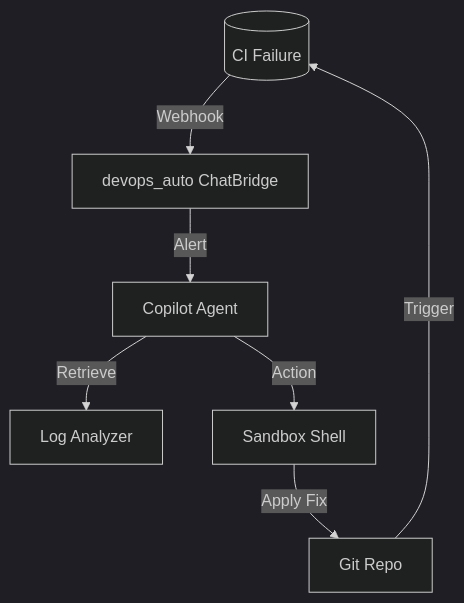
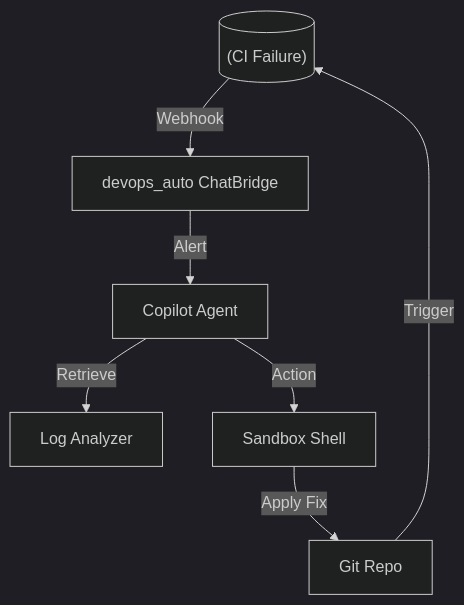
Before and after one commit to savyasachi6/agentic_os: the diagram in projects/devops-copilot/docs/architecture.md, drawn with Mermaid (dark theme). The commit also changed 6 other files, not shown here.

Commit message:
docs: fix mermaid parse errors across all architecture diagrams

````diff
--- a/projects/devops-copilot/docs/architecture.md
+++ b/projects/devops-copilot/docs/architecture.md
@@ -7,10 +7,10 @@
 ```mermaid
 graph TD
-    CI[(CI Failure)] -->|Webhook| Bridge[devops_auto ChatBridge]
-    Bridge -->|Alert| Agent[Copilot Agent]
-    Agent -->|Retrieve| Logs[Log Analyzer]
-    Agent -->|Action| Sandbox[Sandbox Shell]
+    CI[("(CI Failure)")] -->|Webhook| Bridge["devops_auto ChatBridge"]
+    Bridge -->|Alert| Agent["Copilot Agent"]
+    Agent -->|Retrieve| Logs["Log Analyzer"]
+    Agent -->|Action| Sandbox["Sandbox Shell"]
     
-    Sandbox -->|Apply Fix| Repo[Git Repo]
+    Sandbox -->|Apply Fix| Repo["Git Repo"]
     Repo -->|Trigger| CI
 ```
````
